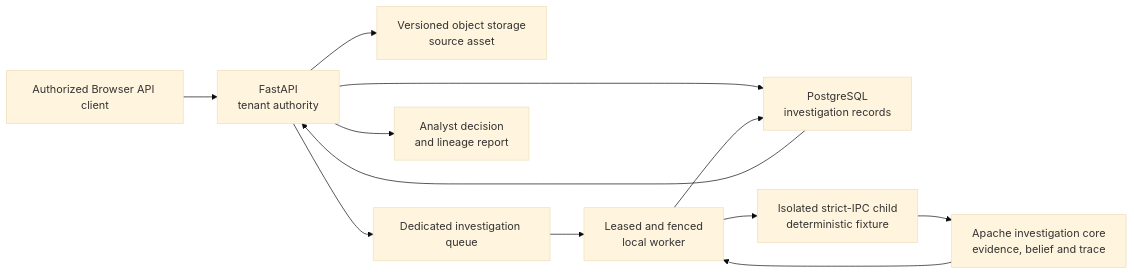
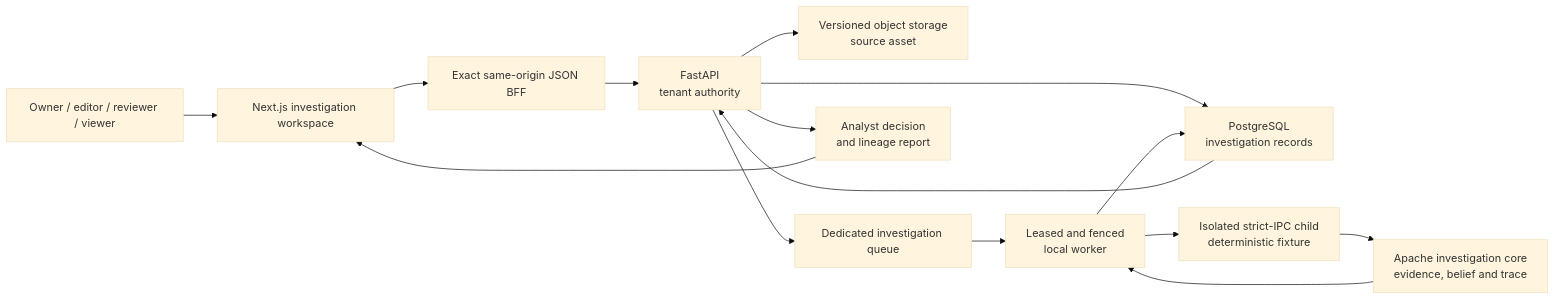
One commit to AndriiArtemenko3/instadescribe changed the diagram in README.md. Above: the diagram before and after it, drawn with Mermaid (base theme). The commit also changed other lines of this file and 47 other files, not shown here.

Commit message:
feat(app): add investigation workspace

````diff
--- a/README.md
+++ b/README.md
@@ -48,14 +50,17 @@
 ```mermaid
 flowchart LR
-    CLIENT["Authorized Browser API client"] --> API["FastAPI\ntenant authority"]
+    ANALYST["Owner / editor / reviewer / viewer"] --> WEB["Next.js investigation workspace"]
+    WEB --> BFF["Exact same-origin JSON BFF"]
+    BFF --> API["FastAPI\ntenant authority"]
     API --> PG["PostgreSQL\ninvestigation records"]
     API --> S3["Versioned object storage\nsource asset"]
     API --> Q["Dedicated investigation queue"]
     Q --> WORKER["Leased and fenced\nlocal worker"]
     WORKER --> CHILD["Isolated strict-IPC child\ndeterministic fixture"]
     CHILD --> CORE["Apache investigation core\nevidence, belief and trace"]
     CORE --> WORKER
     WORKER --> PG
     PG --> API
     API --> REPORT["Analyst decision\nand lineage report"]
+    REPORT --> WEB
 ```
````
